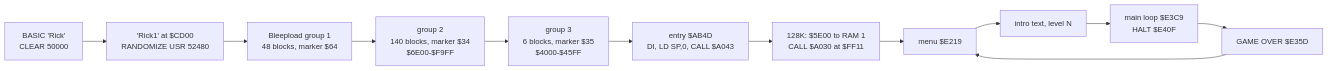
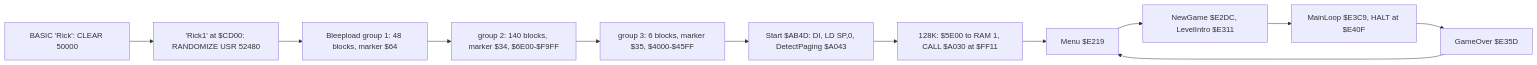
Before and after one commit to alfishe/unrealng-reverse-cases: the first of 3 diagrams in games/rick-dangerous/docs/02-architecture.md, drawn with Mermaid. The commit also changed other lines of this file and 100 other files, not shown here.

````diff
--- a/games/rick-dangerous/docs/02-architecture.md
+++ b/games/rick-dangerous/docs/02-architecture.md
@@ -13,14 +23,14 @@
 ```mermaid
 flowchart LR
-    A["BASIC 'Rick'<br/>CLEAR 50000"] --> B["'Rick1' at $CD00<br/>RANDOMIZE USR 52480"]
-    B --> C["Bleepload group 1<br/>48 blocks, marker $64"]
-    C --> D["group 2<br/>140 blocks, marker $34<br/>$6E00-$F9FF"]
-    D --> E["group 3<br/>6 blocks, marker $35<br/>$4000-$45FF"]
-    E --> F["entry $AB4D<br/>DI, LD SP,0, CALL $A043"]
-    F --> G["128K: $5E00 to RAM 1<br/>CALL $A030 at $FF11"]
-    G --> H["menu $E219"]
-    H --> I["intro text, level N"]
-    I --> J["main loop $E3C9<br/>HALT $E40F"]
-    J --> K["GAME OVER $E35D"]
+    A["BASIC 'Rick': CLEAR 50000"] --> B["'Rick1' at $CD00: RANDOMIZE USR 52480"]
+    B --> C["Bleepload group 1: 48 blocks, marker $64"]
+    C --> D["group 2: 140 blocks, marker $34, $6E00-$F9FF"]
+    D --> E["group 3: 6 blocks, marker $35, $4000-$45FF"]
+    E --> F["Start $AB4D: DI, LD SP,0, DetectPaging $A043"]
+    F --> G["128K: $5E00 to RAM 1, CALL $A030 at $FF11"]
+    G --> H["Menu $E219"]
+    H --> I["NewGame $E2DC, LevelIntro $E311"]
+    I --> J["MainLoop $E3C9, HALT at $E40F"]
+    J --> K["GameOver $E35D"]
     K --> H
 ```
````
